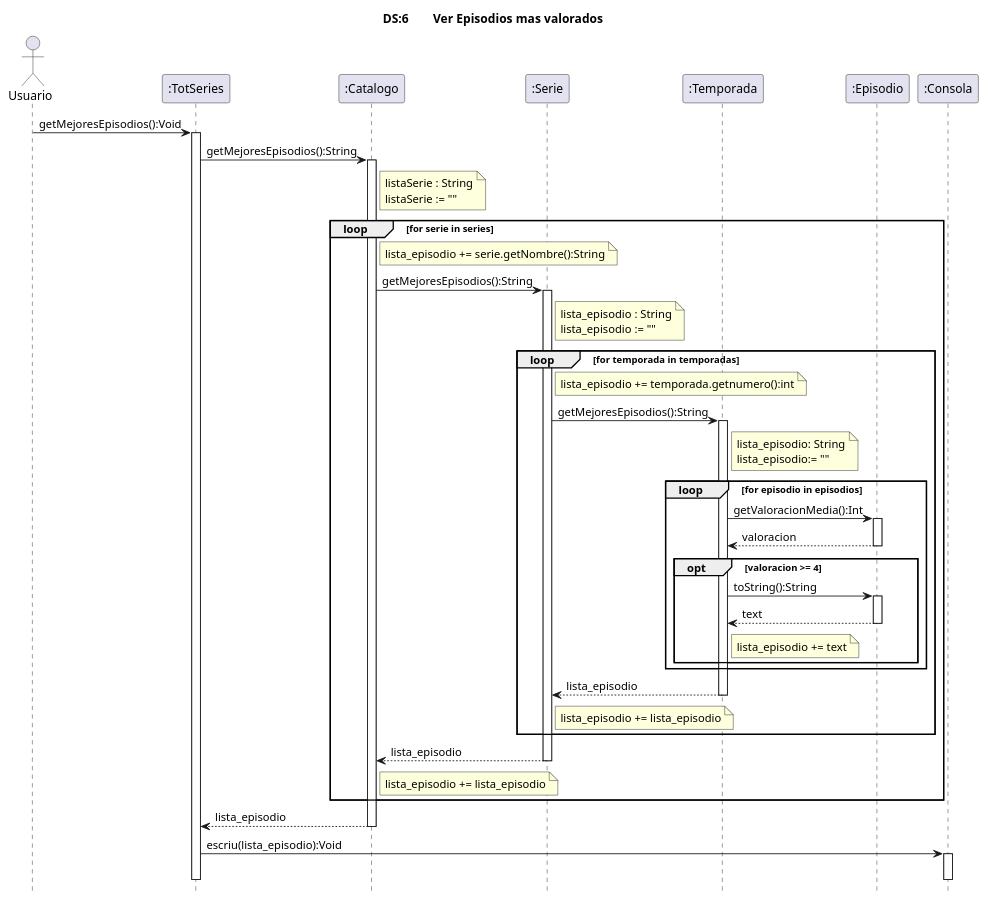
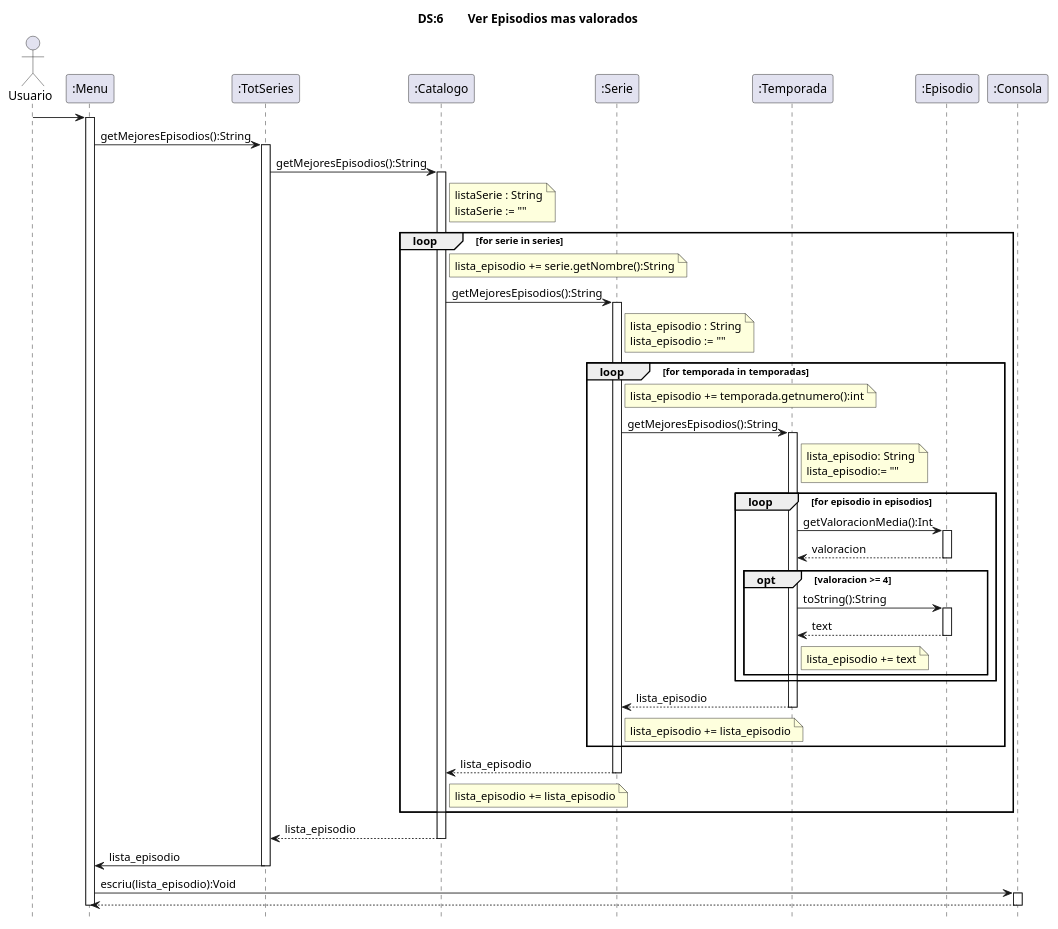
One commit to MrViciao/TotSeries changed the diagram in src/totseries/Uml/Secuencia/Diagrama de Secuencia UC6.puml. Above: the diagram before and after it, drawn with PlantUML.

Commit message:
Update Diagrama de Secuencia UC6.puml

```diff
--- a/src/totseries/Uml/Secuencia/Diagrama de Secuencia UC6.puml
+++ b/src/totseries/Uml/Secuencia/Diagrama de Secuencia UC6.puml
@@ -1,92 +1,97 @@
 @startuml
 title	DS:6	Ver Episodios mas valorados
 hide	footbox
 
 actor Usuario
+participant ":Menu" as Menu
 participant ":TotSeries" as TotSeries
 participant ":Catalogo" as Catalogo
 participant ":Serie" as Serie
 participant ":Temporada" as Temporada
 participant ":Episodio" as Episodio
 participant ":Consola" as Consola
-
-Usuario -> TotSeries:getMejoresEpisodios():Void
+Usuario -> Menu
+activate Menu
+Menu -> TotSeries:getMejoresEpisodios():String
 activate TotSeries
 TotSeries -> Catalogo:getMejoresEpisodios():String
 activate Catalogo
 
 
 note right Catalogo
     listaSerie : String
     listaSerie := ""
 end note
 
 loop for serie in series
     note right Catalogo
         lista_episodio += serie.getNombre():String
     end note
     Catalogo -> Serie:getMejoresEpisodios():String
     activate Serie
 
 
     note right Serie
     lista_episodio : String
     lista_episodio := ""
     end note
 
     loop for temporada in temporadas
         note right Serie
         lista_episodio += temporada.getnumero():int
         end note
         Serie -> Temporada:getMejoresEpisodios():String
         activate Temporada
 
 
         note right Temporada
             lista_episodio: String
             lista_episodio:= ""
         end note
 
         loop for episodio in episodios
             Temporada -> Episodio:getValoracionMedia():Int
             activate Episodio
             Episodio --> Temporada:valoracion
             deactivate Episodio
 
 
             opt valoracion >= 4
                 Temporada -> Episodio:toString():String
                 activate Episodio
                 Episodio --> Temporada:text
                 deactivate Episodio
 
                 note right Temporada
                     lista_episodio += text
                 end note
 
             end opt
         end loop
         Temporada --> Serie:lista_episodio
         deactivate Temporada
 
 
         note right Serie
             lista_episodio += lista_episodio
         end note
 
     end loop
     Serie --> Catalogo:lista_episodio
     deactivate Serie
 
      note right Catalogo
         lista_episodio += lista_episodio
     end note
 end loop
 Catalogo --> TotSeries:lista_episodio
 deactivate Catalogo
 
-TotSeries -> Consola : escriu(lista_episodio):Void
+TotSeries -> Menu : lista_episodio
+deactivate TotSeries
+Menu -> Consola : escriu(lista_episodio):Void
 activate Consola
+Consola --> Menu
 deactivate Consola
-deactivate TotSeries
+deactivate Menu
 @enduml
```
